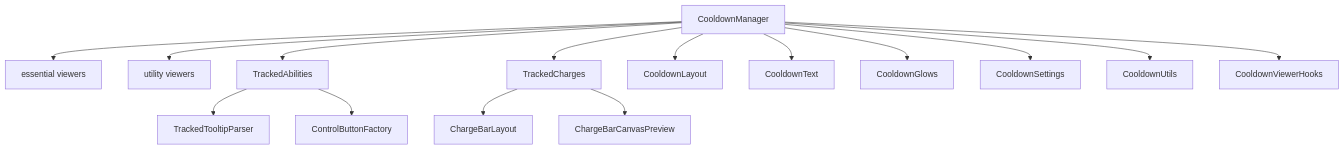
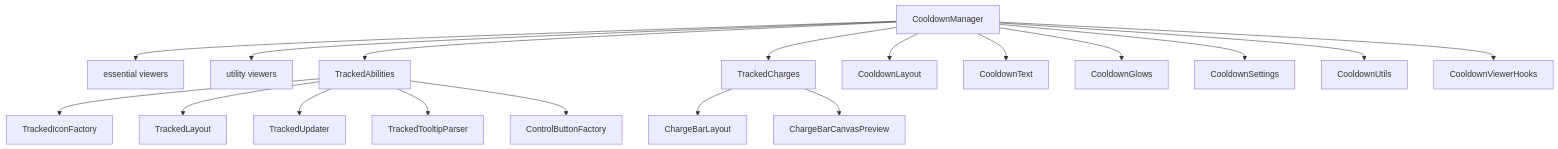
The diagram in Orbit/Plugins/CooldownManager/readme.md (MoONSHO7/Orbit), drawn with Mermaid before and after one commit. The commit also changed other lines of this file and 21 other files, not shown here.

````diff
--- a/Orbit/Plugins/CooldownManager/readme.md
+++ b/Orbit/Plugins/CooldownManager/readme.md
@@ -31,17 +34,20 @@
 ```mermaid
 graph TD
     CDM[CooldownManager] --> Essential[essential viewers]
     CDM --> Utility[utility viewers]
     CDM --> Tracked[TrackedAbilities]
     CDM --> Charges[TrackedCharges]
     Charges --> ChargeLayout[ChargeBarLayout]
     Charges --> ChargePreview[ChargeBarCanvasPreview]
+    Tracked --> IconFactory[TrackedIconFactory]
+    Tracked --> TrackedLayoutMod[TrackedLayout]
+    Tracked --> TrackedUpdaterMod[TrackedUpdater]
     Tracked --> TooltipParser[TrackedTooltipParser]
     Tracked --> ControlButtons[ControlButtonFactory]
     CDM --> Layout[CooldownLayout]
     CDM --> Text[CooldownText]
     CDM --> Glows[CooldownGlows]
     CDM --> Settings[CooldownSettings]
     CDM --> Utils[CooldownUtils]
     CDM --> Hooks[CooldownViewerHooks]
 ```
````
